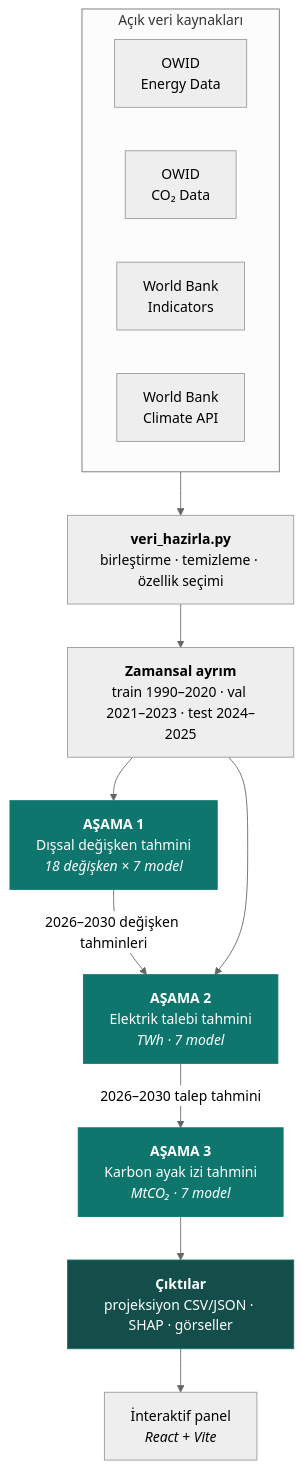
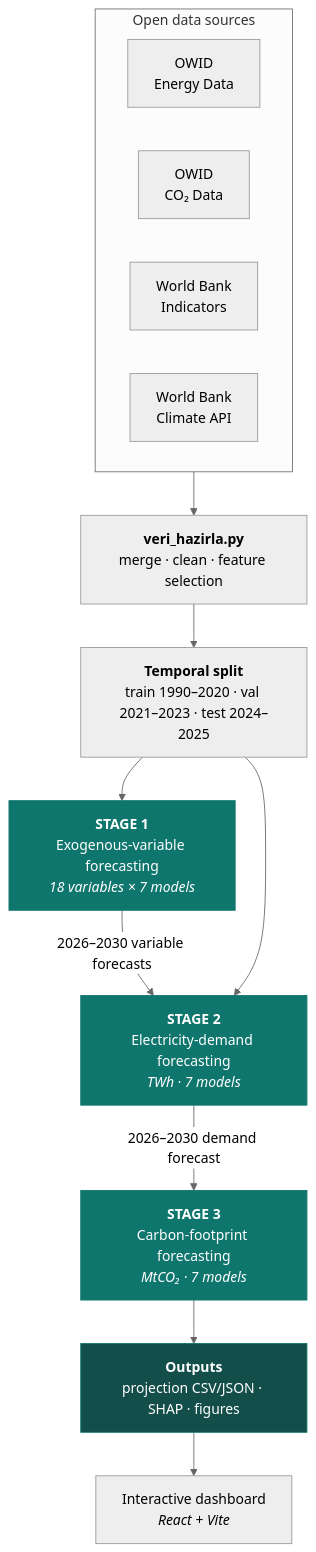
One commit to yavuzhankursun/Machine-Learning-Based-Electricity-Consumption-Forecasting-and-Carbon-Footprint-Analysis changed the diagram in README.md. Above: the diagram before and after it, drawn with Mermaid (neutral theme). The commit also changed other lines of this file and 1 other file, not shown here.

````diff
--- a/README.md
+++ b/README.md
@@ -67,26 +61,26 @@
 ```mermaid
 flowchart TB
-    subgraph KAYNAK["Açık veri kaynakları"]
+    subgraph SOURCES["Open data sources"]
         direction LR
         K1["OWID<br/>Energy Data"]
         K2["OWID<br/>CO₂ Data"]
         K3["World Bank<br/>Indicators"]
         K4["World Bank<br/>Climate API"]
     end
 
-    KAYNAK --> HAZIRLIK["<b>veri_hazirla.py</b><br/>birleştirme · temizleme · özellik seçimi"]
-    HAZIRLIK --> SPLIT["<b>Zamansal ayrım</b><br/>train 1990–2020 · val 2021–2023 · test 2024–2025"]
+    SOURCES --> PREP["<b>veri_hazirla.py</b><br/>merge · clean · feature selection"]
+    PREP --> SPLIT["<b>Temporal split</b><br/>train 1990–2020 · val 2021–2023 · test 2024–2025"]
 
-    SPLIT --> A1["<b>AŞAMA 1</b><br/>Dışsal değişken tahmini<br/><i>18 değişken × 7 model</i>"]
-    A1 -->|"2026–2030 değişken tahminleri"| A2
-    SPLIT --> A2["<b>AŞAMA 2</b><br/>Elektrik talebi tahmini<br/><i>TWh · 7 model</i>"]
-    A2 -->|"2026–2030 talep tahmini"| A3["<b>AŞAMA 3</b><br/>Karbon ayak izi tahmini<br/><i>MtCO₂ · 7 model</i>"]
+    SPLIT --> A1["<b>STAGE 1</b><br/>Exogenous-variable forecasting<br/><i>18 variables × 7 models</i>"]
+    A1 -->|"2026–2030 variable forecasts"| A2
+    SPLIT --> A2["<b>STAGE 2</b><br/>Electricity-demand forecasting<br/><i>TWh · 7 models</i>"]
+    A2 -->|"2026–2030 demand forecast"| A3["<b>STAGE 3</b><br/>Carbon-footprint forecasting<br/><i>MtCO₂ · 7 models</i>"]
 
-    A3 --> CIKTI["<b>Çıktılar</b><br/>projeksiyon CSV/JSON · SHAP · görseller"]
-    CIKTI --> DASH["İnteraktif panel<br/><i>React + Vite</i>"]
+    A3 --> OUT["<b>Outputs</b><br/>projection CSV/JSON · SHAP · figures"]
+    OUT --> DASH["Interactive dashboard<br/><i>React + Vite</i>"]
 
     style A1 fill:#0f766e,stroke:#0f766e,color:#fff
     style A2 fill:#0f766e,stroke:#0f766e,color:#fff
     style A3 fill:#0f766e,stroke:#0f766e,color:#fff
-    style CIKTI fill:#134e4a,stroke:#0f766e,color:#fff
+    style OUT fill:#134e4a,stroke:#0f766e,color:#fff
 ```
````
